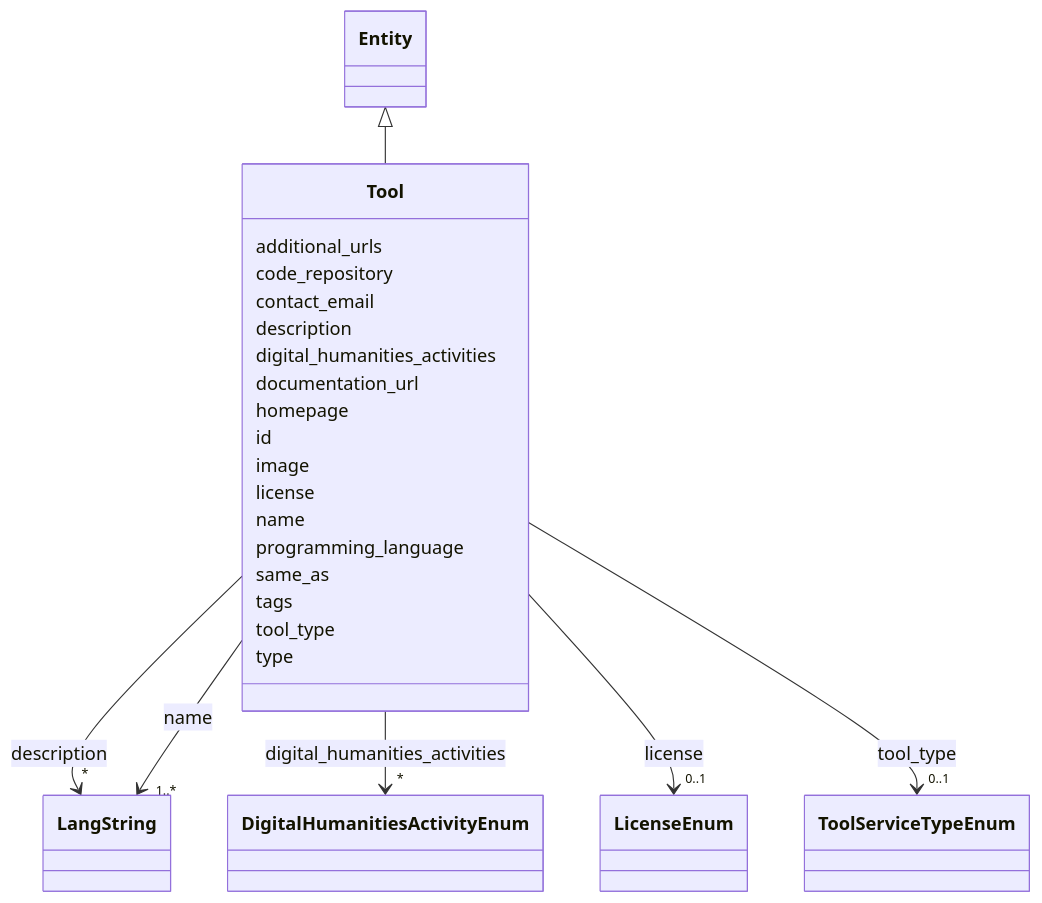
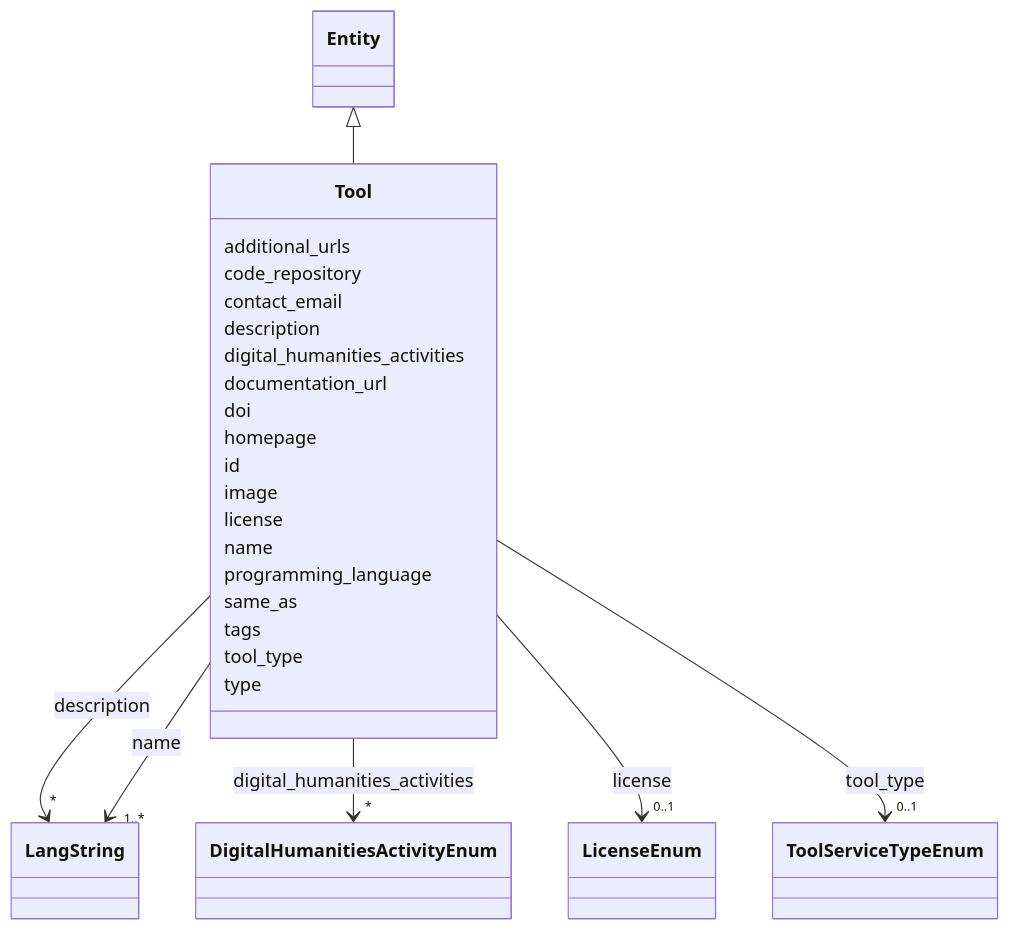
The diagram in docs/classes/Tool.md (DARIAH-IL/idhi-manifests), drawn with Mermaid before and after one commit. The commit also changed other lines of this file and 65 other files, not shown here.

Commit message:
Schema improvements

```diff
--- a/docs/classes/Tool.md
+++ b/docs/classes/Tool.md
@@ -61,6 +61,8 @@
 
         
       Tool : documentation_url
+        
+      Tool : doi
         
       Tool : homepage
         
```
